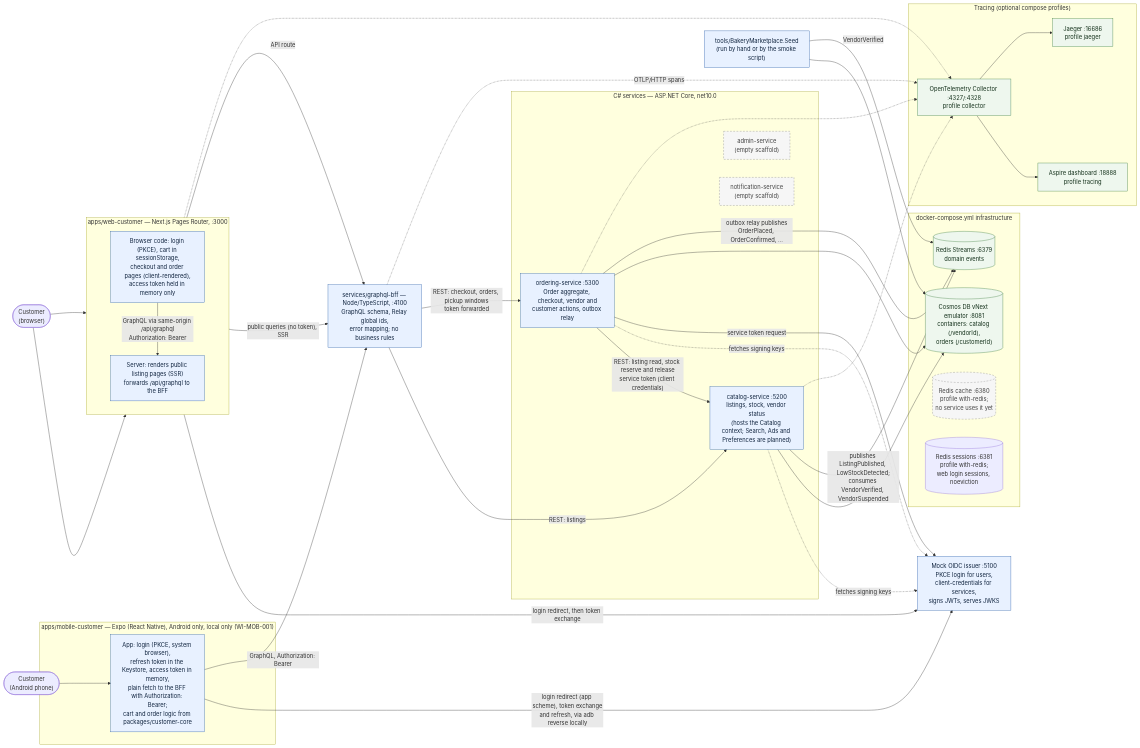
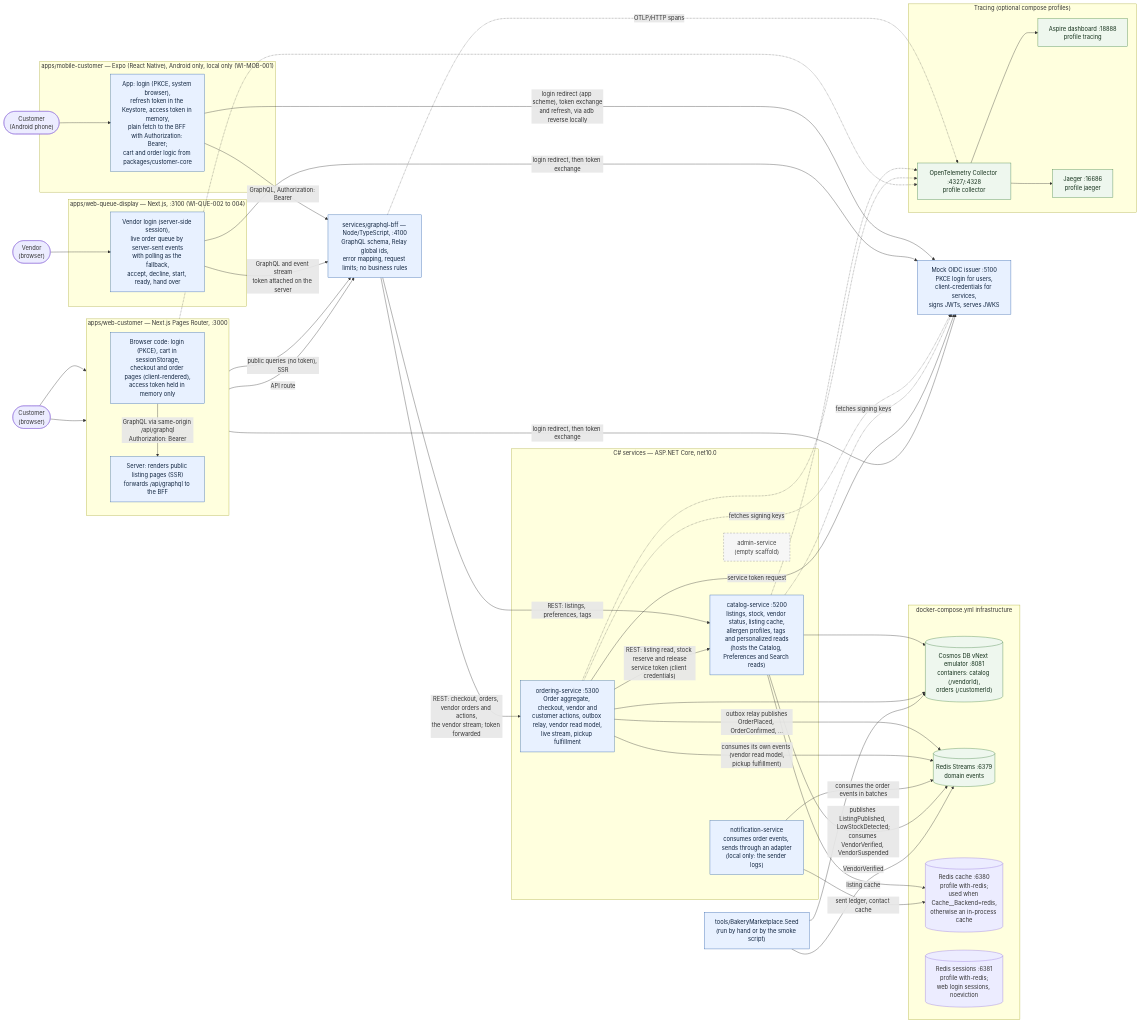
The first of 2 diagrams in docs/architecture/c4/container.md (benjamin-hedrick/bakery-marketplace), drawn with Mermaid before and after one commit. The commit also changed other lines of this file and 5 other files, not shown here.

First line of the commit message:
Folder pass, architecture: C4 container and component pages redrawn to the built services; DDD built state; threat model rows brought up to date (register 93, pre-publish gaps)

````diff
--- a/docs/architecture/c4/container.md
+++ b/docs/architecture/c4/container.md
@@ -27,13 +27,17 @@
         MOB["App: login (PKCE, system browser),<br/>refresh token in the Keystore, access token in memory,<br/>plain fetch to the BFF with Authorization: Bearer;<br/>cart and order logic from packages/customer-core"]
     end
 
-    BFF["services/graphql-bff — Node/TypeScript, :4100<br/>GraphQL schema, Relay global ids,<br/>error mapping; no business rules"]
+    subgraph QUEUE["apps/web-queue-display — Next.js, :3100 (WI-QUE-002 to 004)"]
+        QD["Vendor login (server-side session),<br/>live order queue by server-sent events<br/>with polling as the fallback,<br/>accept, decline, start, ready, hand over"]
+    end
+
+    BFF["services/graphql-bff — Node/TypeScript, :4100<br/>GraphQL schema, Relay global ids,<br/>error mapping, request limits; no business rules"]
 
     subgraph SVC["C# services — ASP.NET Core, net10.0"]
-        CAT["catalog-service :5200<br/>listings, stock, vendor status<br/>(hosts the Catalog context; Search, Ads and Preferences are planned)"]
-        ORD["ordering-service :5300<br/>Order aggregate, checkout, vendor and<br/>customer actions, outbox relay"]
+        CAT["catalog-service :5200<br/>listings, stock, vendor status, listing cache,<br/>allergen profiles, tags and personalized reads<br/>(hosts the Catalog, Preferences and Search reads)"]
+        ORD["ordering-service :5300<br/>Order aggregate, checkout, vendor and<br/>customer actions, outbox relay, vendor read model,<br/>live stream, pickup fulfillment"]
+        NOT["notification-service<br/>consumes order events, sends through an adapter<br/>(local only: the sender logs)"]
         ADM["admin-service<br/>(empty scaffold)"]
-        NOT["notification-service<br/>(empty scaffold)"]
     end
 
     OIDC["Mock OIDC issuer :5100<br/>PKCE login for users,<br/>client-credentials for services,<br/>signs JWTs, serves JWKS"]
@@ -41,7 +45,7 @@
     subgraph STORES["docker-compose.yml infrastructure"]
         COSMOS[("Cosmos DB vNext emulator :8081<br/>containers: catalog (/vendorId),<br/>orders (/customerId)")]
         REDISEV[("Redis Streams :6379<br/>domain events")]
-        REDISCACHE[("Redis cache :6380<br/>profile with-redis;<br/>no service uses it yet")]
+        REDISCACHE[("Redis cache :6380<br/>profile with-redis;<br/>used when Cache__Backend=redis,<br/>otherwise an in-process cache")]
         REDISSESS[("Redis sessions :6381<br/>profile with-redis;<br/>web login sessions, noeviction")]
     end
 
@@ -62,8 +66,11 @@
     CSR -->|"GraphQL via same-origin /api/graphql<br/>Authorization: Bearer"| SSR
     SSR -->|"public queries (no token), SSR"| BFF
     SSR -->|"API route"| BFF
-    BFF -->|"REST: listings"| CAT
-    BFF -->|"REST: checkout, orders, pickup windows<br/>token forwarded"| ORD
+    VENDOR(["Vendor<br/>(browser)"]) --> QD
+    QD -->|"login redirect, then token exchange"| OIDC
+    QD -->|"GraphQL and event stream<br/>token attached on the server"| BFF
+    BFF -->|"REST: listings, preferences, tags"| CAT
+    BFF -->|"REST: checkout, orders, vendor orders and actions,<br/>the vendor stream; token forwarded"| ORD
     ORD -->|"REST: listing read, stock reserve and release<br/>service token (client credentials)"| CAT
     ORD -.->|"fetches signing keys"| OIDC
     CAT -.->|"fetches signing keys"| OIDC
@@ -71,7 +78,11 @@
     CAT --> COSMOS
     ORD --> COSMOS
     ORD -->|"outbox relay publishes<br/>OrderPlaced, OrderConfirmed, ..."| REDISEV
+    ORD -->|"consumes its own events (vendor read model,<br/>pickup fulfillment)"| REDISEV
+    NOT -->|"consumes the order events in batches"| REDISEV
     CAT -->|"publishes ListingPublished, LowStockDetected;<br/>consumes VendorVerified, VendorSuspended"| REDISEV
+    CAT -->|"listing cache"| REDISCACHE
+    NOT -->|"sent ledger, contact cache"| REDISCACHE
     SEED --> COSMOS
     SEED -->|"VendorVerified"| REDISEV
     BFF -.->|"OTLP/HTTP spans"| COLL
@@ -81,7 +92,7 @@
     COLL --> ASPIRE
     COLL --> JAEGER
 
-    class SSR,CSR,MOB,BFF,CAT,ORD,OIDC,SEED built
-    class ADM,NOT,REDISCACHE scaffold
+    class SSR,CSR,MOB,QD,BFF,CAT,ORD,NOT,OIDC,SEED built
+    class ADM scaffold
     class COSMOS,REDISEV,COLL,ASPIRE,JAEGER infra
 ```
````
